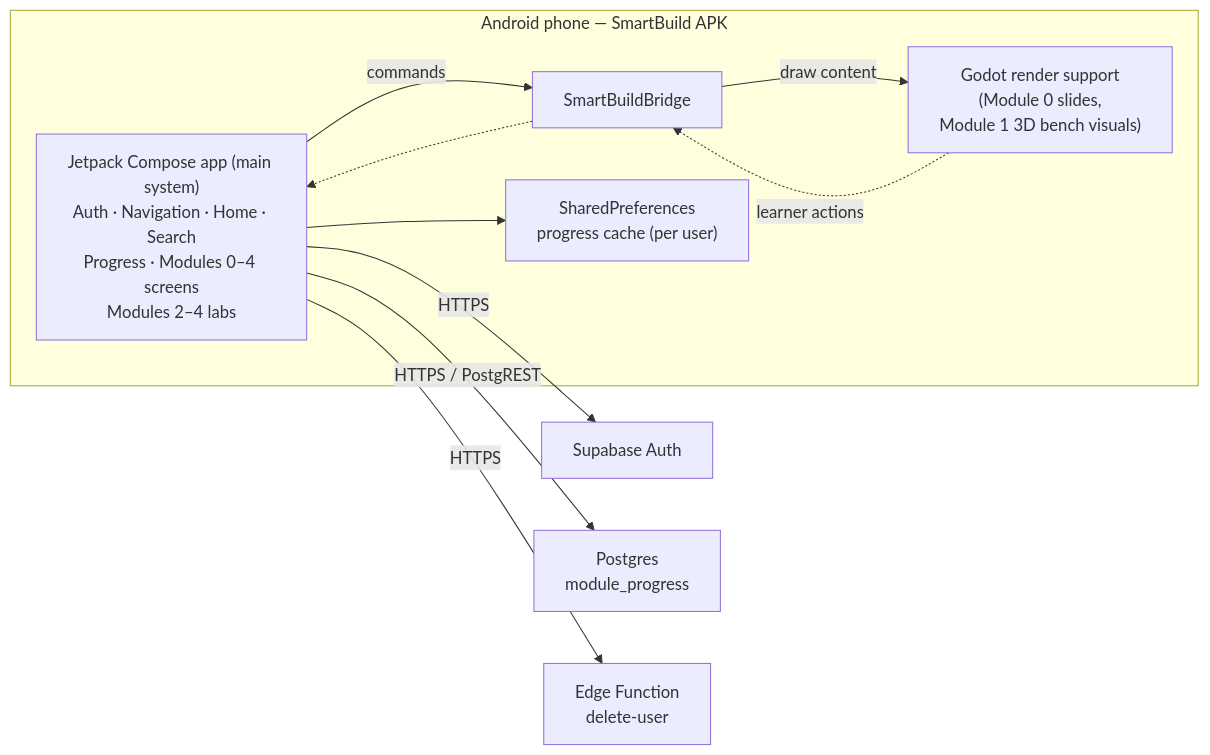
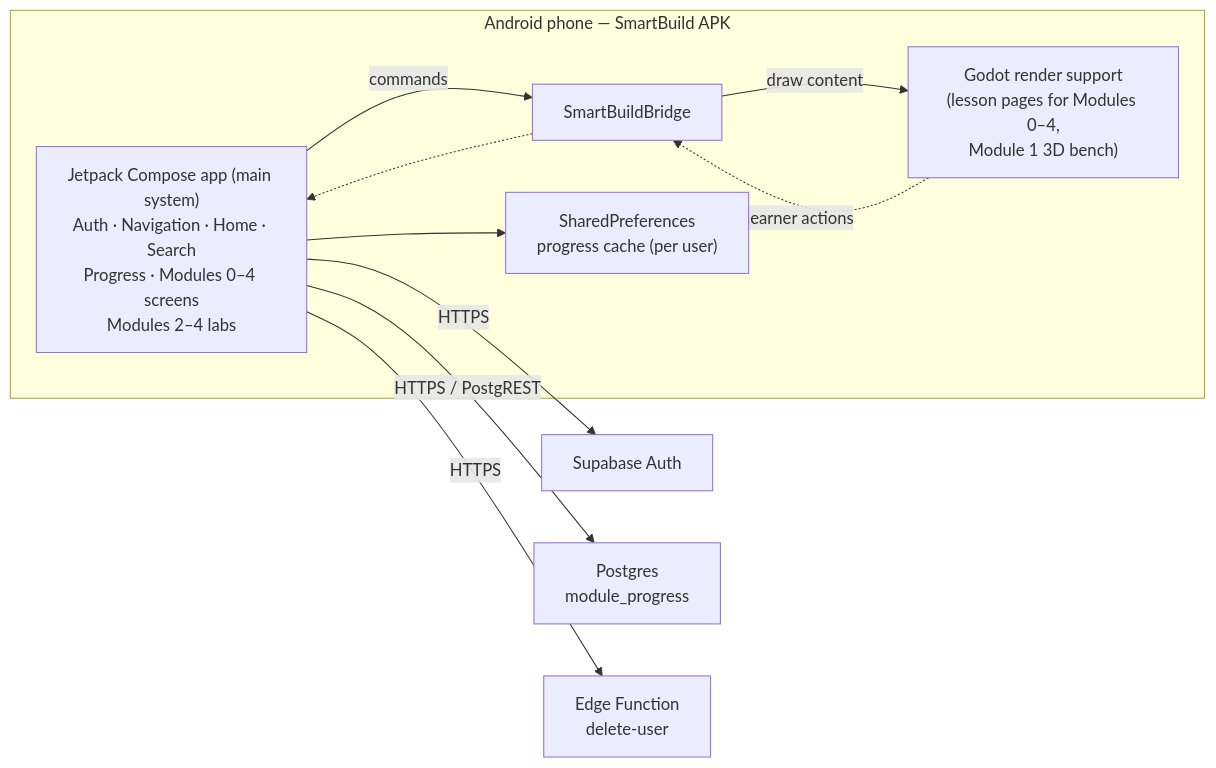
The first of 4 diagrams in docs/ARCHITECTURE.md (KodeByKarl/SmartBuild), drawn with Mermaid before and after one commit. The commit also changed other lines of this file and 66 other files, not shown here.

````diff
--- a/docs/ARCHITECTURE.md
+++ b/docs/ARCHITECTURE.md
@@ -31,15 +31,15 @@
 ```mermaid
 flowchart LR
   subgraph Phone["Android phone — SmartBuild APK"]
     Compose["Jetpack Compose app (main system)<br/>Auth · Navigation · Home · Search<br/>Progress · Modules 0–4 screens<br/>Modules 2–4 labs"]
     Bridge["SmartBuildBridge"]
-    Godot["Godot render support<br/>(Module 0 slides,<br/>Module 1 3D bench visuals)"]
+    Godot["Godot render support<br/>(lesson pages for Modules 0–4,<br/>Module 1 3D bench)"]
     Cache["SharedPreferences<br/>progress cache (per user)"]
     Compose -->|commands| Bridge -->|draw content| Godot
     Godot -.->|learner actions| Bridge -.-> Compose
     Compose --> Cache
   end
   Compose -->|HTTPS| Auth["Supabase Auth"]
   Compose -->|HTTPS / PostgREST| DB["Postgres<br/>module_progress"]
   Compose -->|HTTPS| Fn["Edge Function<br/>delete-user"]
 ```
````
